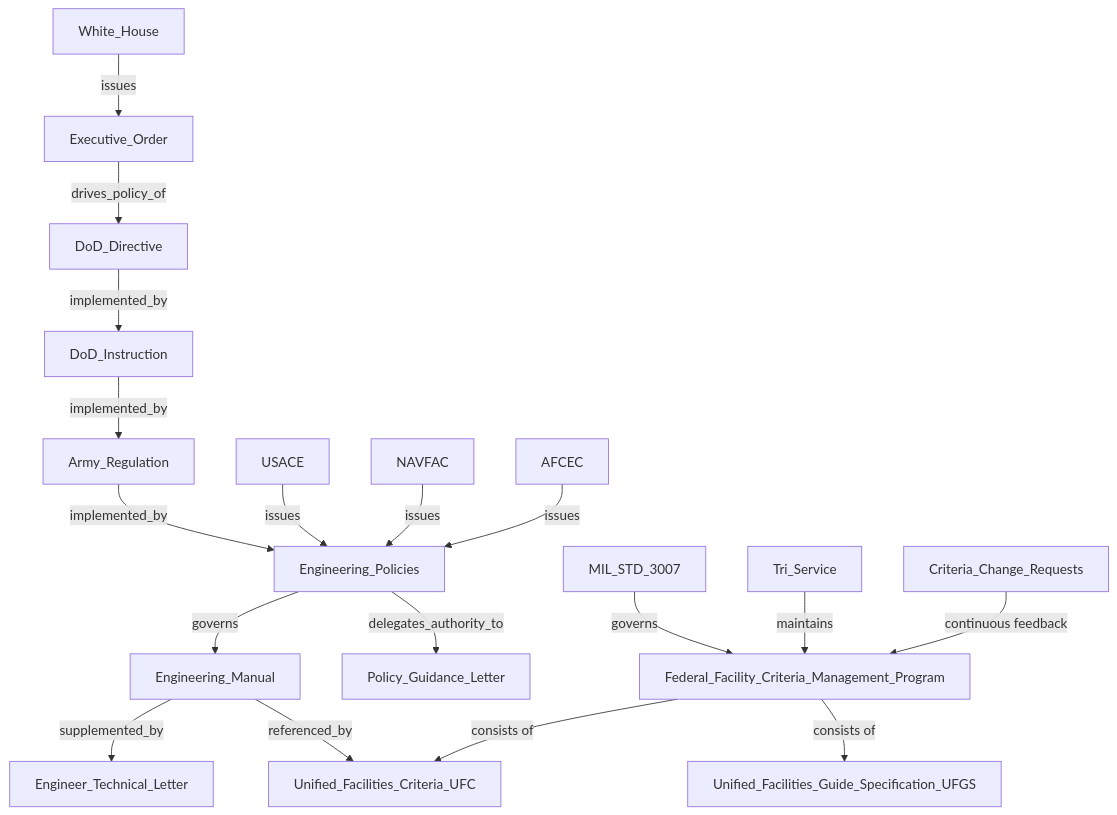
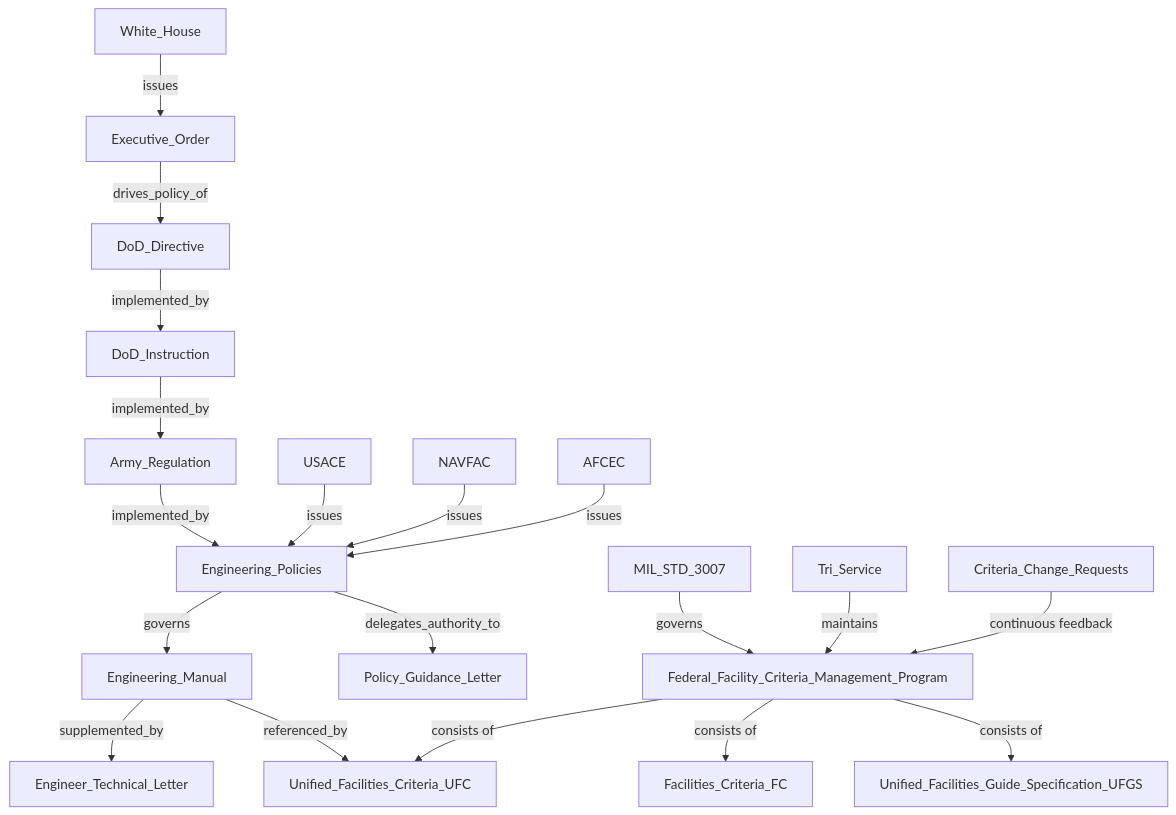
The diagram in data/KG_document_hierarchy.md (vdubya/criteria-assistant), drawn with Mermaid before and after one commit.

````diff
--- a/data/KG_document_hierarchy.md
+++ b/data/KG_document_hierarchy.md
@@ -1,21 +1,22 @@
 ```mermaid
 graph TD
   White_House -->|issues| Executive_Order
   Executive_Order -->|drives_policy_of| DoD_Directive
   DoD_Directive -->|implemented_by| DoD_Instruction
   DoD_Instruction -->|implemented_by| Army_Regulation
   Army_Regulation -->|implemented_by| Engineering_Policies
   Engineering_Policies -->|governs| Engineering_Manual
   Engineering_Manual -->|supplemented_by| Engineer_Technical_Letter
   Engineering_Policies -->|delegates_authority_to| Policy_Guidance_Letter
   Engineering_Manual -->|referenced_by| Unified_Facilities_Criteria_UFC
   MIL_STD_3007 -->|governs| Federal_Facility_Criteria_Management_Program
   USACE -->|issues| Engineering_Policies
   NAVFAC -->|issues| Engineering_Policies
   AFCEC -->|issues| Engineering_Policies
   Tri_Service -->|maintains| Federal_Facility_Criteria_Management_Program
   Criteria_Change_Requests -->|continuous feedback| Federal_Facility_Criteria_Management_Program
   Federal_Facility_Criteria_Management_Program -->|consists of| Unified_Facilities_Criteria_UFC
+  Federal_Facility_Criteria_Management_Program -->|consists of| Facilities_Criteria_FC
   Federal_Facility_Criteria_Management_Program -->|consists of| Unified_Facilities_Guide_Specification_UFGS
   
 ```
````
